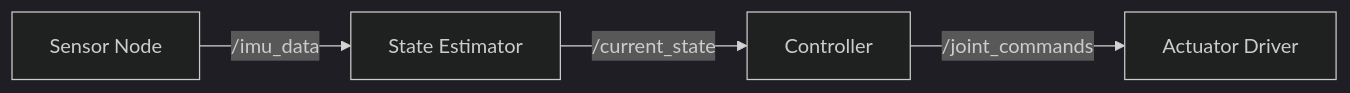
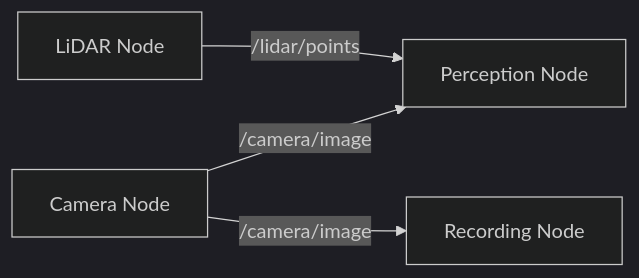
The first of 2 diagrams in book-site/docs/module-03-software/01-ros2-concepts.md (HassaanFisky/Physical-AI-Humanoid-Robots-Textbook), drawn with Mermaid (dark theme) before and after one commit. The commit also changed other lines of this file and 47 other files, not shown here.

````diff
--- a/book-site/docs/module-03-software/01-ros2-concepts.md
+++ b/book-site/docs/module-03-software/01-ros2-concepts.md
@@ -23,6 +53,6 @@
 ```mermaid
 graph LR
-    A[Sensor Node] -->|/imu_data| B[State Estimator]
-    B -->|/current_state| C[Controller]
-    C -->|/joint_commands| D[Actuator Driver]
+    A[Camera Node] -->|/camera/image| B[Perception Node]
+    A -->|/camera/image| C[Recording Node]
+    D[LiDAR Node] -->|/lidar/points| B
 ```
````
